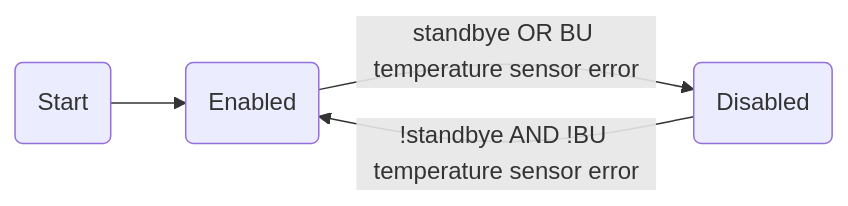
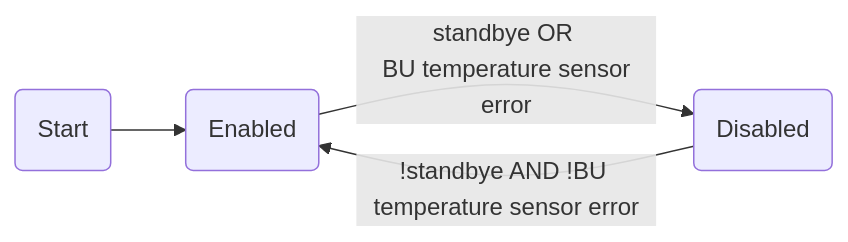
One commit to ggramlich26/BZ10_upgrade changed the second of 3 diagrams in README.md. Above: the diagram before and after it, drawn with Mermaid. The commit also changed other lines of this file, not shown here.

````diff
--- a/README.md
+++ b/README.md
@@ -37,9 +29,9 @@
 ```mermaid
 graph LR
 start(Start)
 enabled(Enabled)
 disabled(Disabled)
-enabled --"standbye OR BU temperature sensor error"-->disabled
+enabled --"standbye OR <br> BU temperature sensor error"-->disabled
 disabled --"!standbye AND !BU temperature sensor error"-->enabled
 start-->enabled
 ```
````
